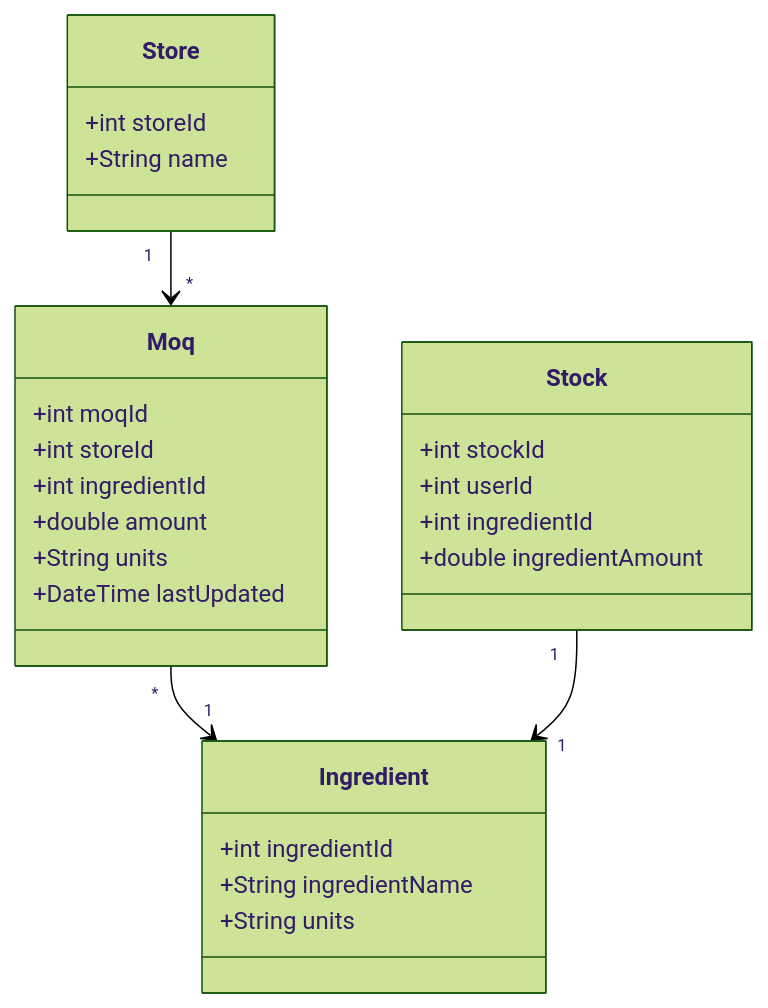
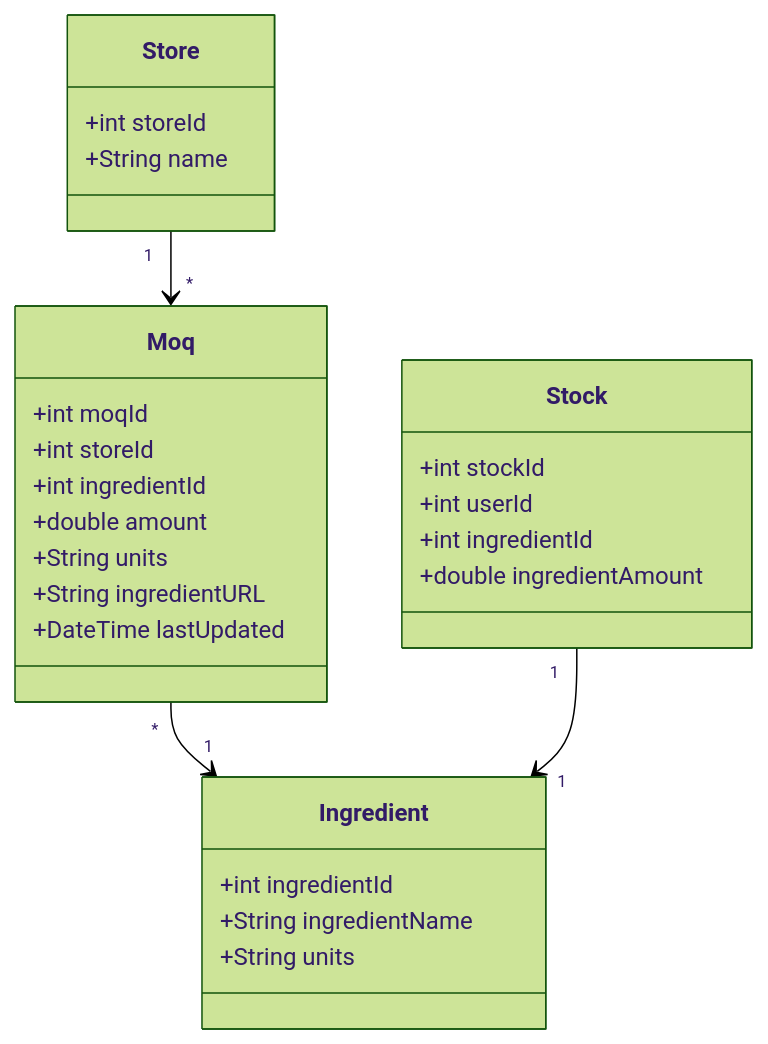
The sixth of 8 diagrams in documentation/designandmethods/class-erd-userflow.md (jbrun001/foodmanager), drawn with Mermaid (forest theme) before and after one commit. The commit also changed other lines of this file and 3 other files, not shown here.

````diff
--- a/documentation/designandmethods/class-erd-userflow.md
+++ b/documentation/designandmethods/class-erd-userflow.md
@@ -259,33 +259,34 @@
 ```mermaid
 classDiagram
     class Store {
         +int storeId
         +String name
     }
 
     class Moq {
         +int moqId
         +int storeId
         +int ingredientId
         +double amount
         +String units
+        +String ingredientURL
         +DateTime lastUpdated
     }
 
     class Ingredient {
         +int ingredientId
         +String ingredientName
         +String units
     }
 
     class Stock {
         +int stockId
         +int userId
         +int ingredientId
         +double ingredientAmount
     }
 
     Store "1" --> "*" Moq
     Moq "*" --> "1" Ingredient
     Stock "1" --> "1" Ingredient
 ```
````
